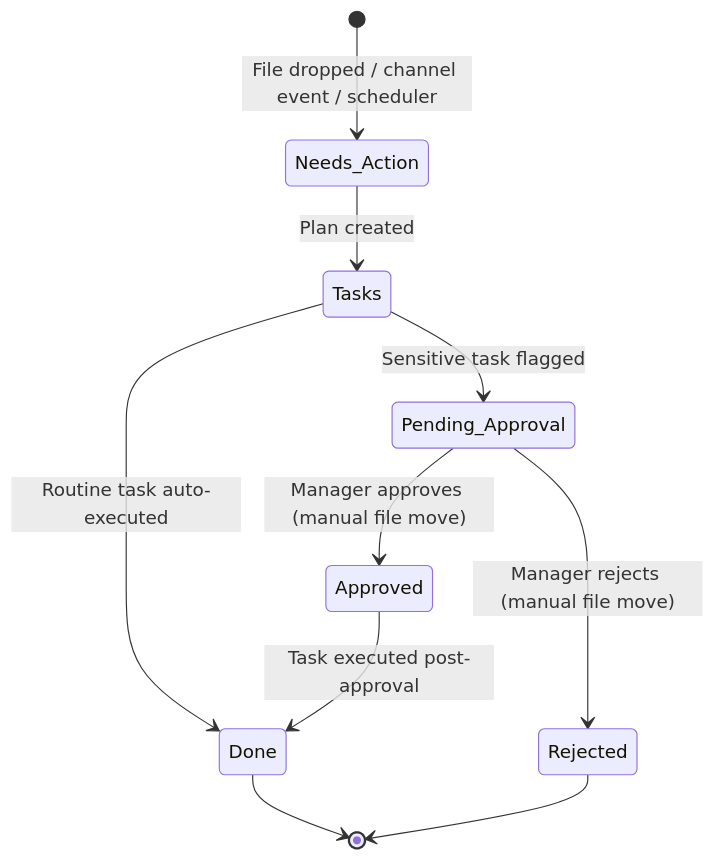
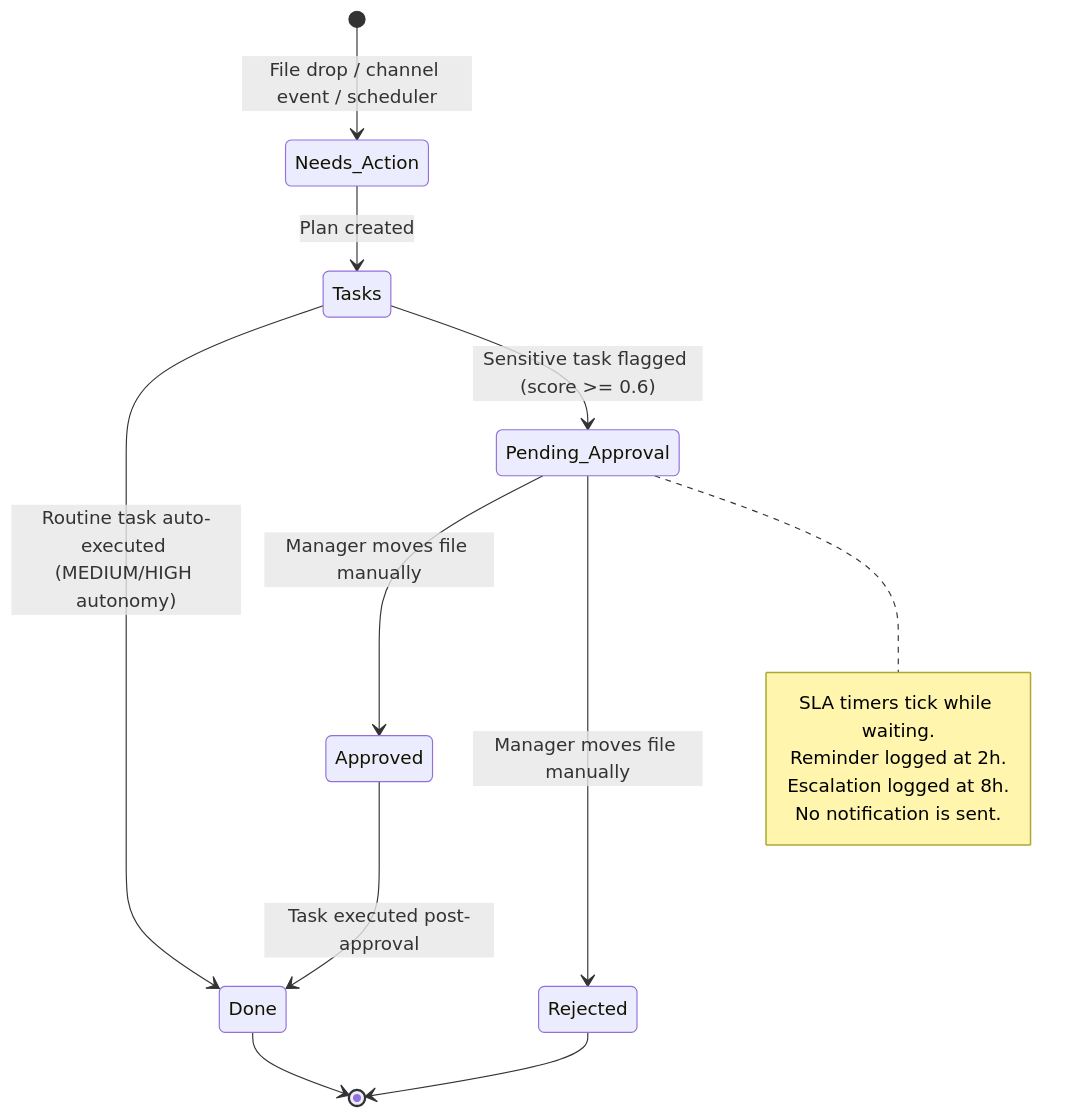
The second of 3 diagrams in Docs/Architecture.md (Ub207/AI_Employee_Vault), drawn with Mermaid before and after one commit. The commit also changed other lines of this file and 6 other files, not shown here.

````diff
--- a/Docs/Architecture.md
+++ b/Docs/Architecture.md
@@ -133,12 +138,19 @@
 ```mermaid
 stateDiagram-v2
-    [*] --> Needs_Action: File dropped / channel event / scheduler
+    [*] --> Needs_Action: File drop / channel event / scheduler
     Needs_Action --> Tasks: Plan created
-    Tasks --> Done: Routine task auto-executed
-    Tasks --> Pending_Approval: Sensitive task flagged
-    Pending_Approval --> Approved: Manager approves (manual file move)
-    Pending_Approval --> Rejected: Manager rejects (manual file move)
+    Tasks --> Done: Routine task auto-executed (MEDIUM/HIGH autonomy)
+    Tasks --> Pending_Approval: Sensitive task flagged (score >= 0.6)
+    Pending_Approval --> Approved: Manager moves file manually
+    Pending_Approval --> Rejected: Manager moves file manually
     Approved --> Done: Task executed post-approval
     Done --> [*]
     Rejected --> [*]
+
+    note right of Pending_Approval
+        SLA timers tick while waiting.
+        Reminder logged at 2h.
+        Escalation logged at 8h.
+        No notification is sent.
+    end note
 ```
````
